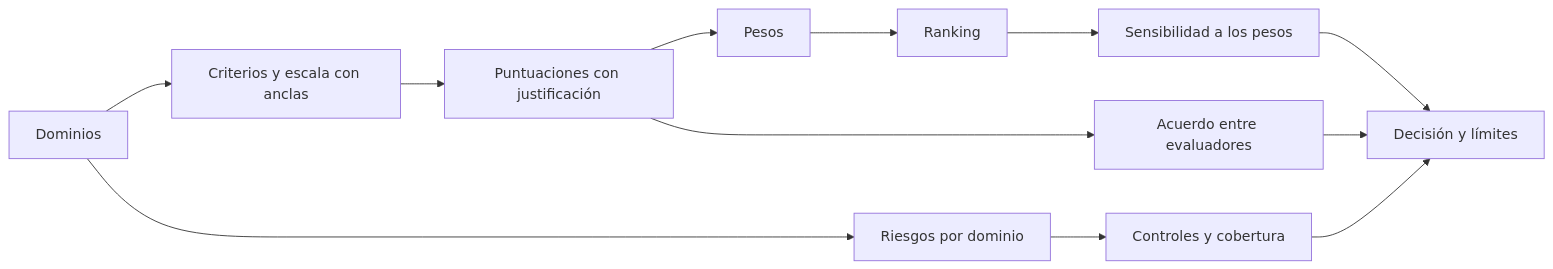
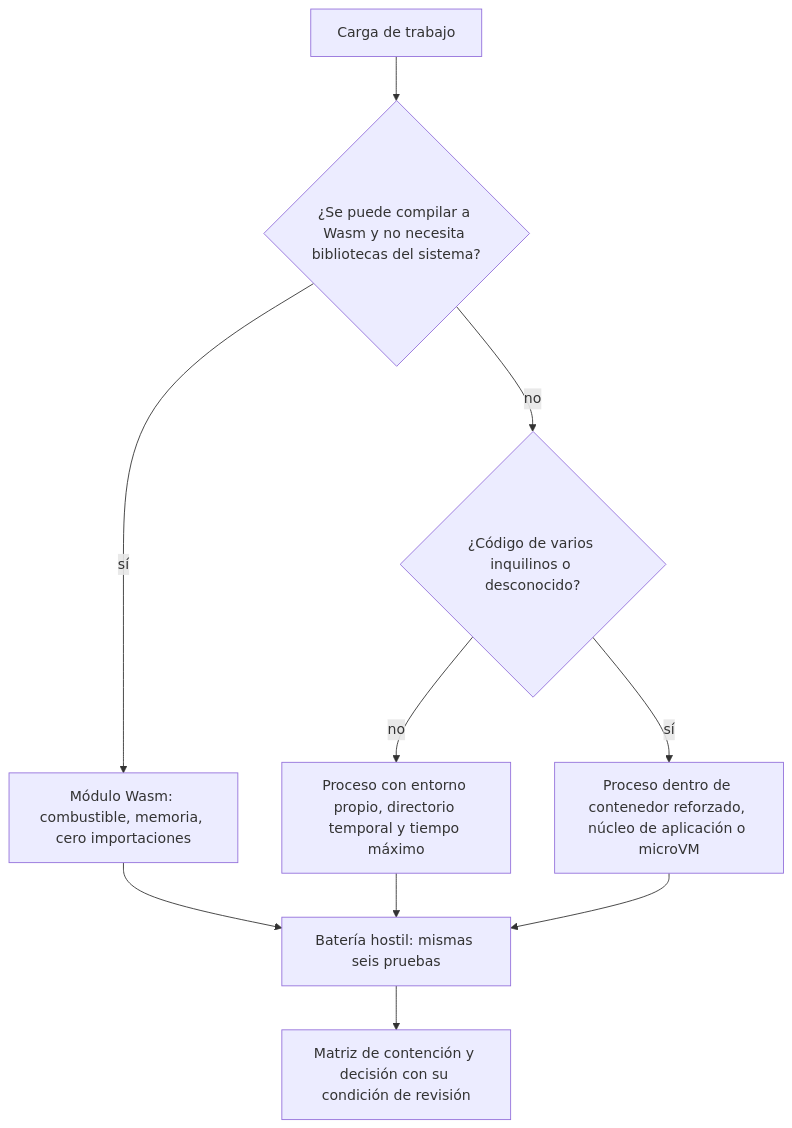
The diagram in content/part-23/SE-287.md (vladimiracunadev-create/modern-software-engineering-program), drawn with Mermaid before and after one commit. The commit also changed other lines of this file and 5193 other files, not shown here.

````diff
--- a/content/part-23/SE-287.md
+++ b/content/part-23/SE-287.md
@@ -53,14 +56,12 @@
 ```mermaid
-flowchart LR
-    A[Dominios] --> B[Criterios y escala con anclas]
-    B --> C[Puntuaciones con justificación]
-    C --> D[Pesos]
-    D --> E[Ranking]
-    E --> F[Sensibilidad a los pesos]
-    C --> G[Acuerdo entre evaluadores]
-    A --> H[Riesgos por dominio]
-    H --> I[Controles y cobertura]
-    F --> J[Decisión y límites]
-    G --> J
-    I --> J
+flowchart TD
+    A[Carga de trabajo] --> B{¿Se puede compilar a Wasm y no necesita bibliotecas del sistema?}
+    B -->|sí| C[Módulo Wasm: combustible, memoria, cero importaciones]
+    B -->|no| D{¿Código de varios inquilinos o desconocido?}
+    D -->|no| E[Proceso con entorno propio, directorio temporal y tiempo máximo]
+    D -->|sí| F[Proceso dentro de contenedor reforzado, núcleo de aplicación o microVM]
+    C --> G[Batería hostil: mismas seis pruebas]
+    E --> G
+    F --> G
+    G --> H[Matriz de contención y decisión con su condición de revisión]
 ```
````
